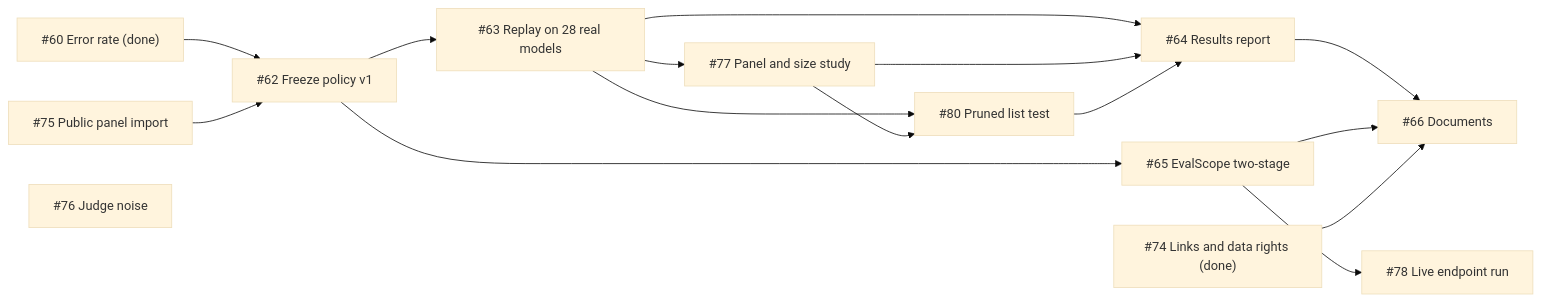
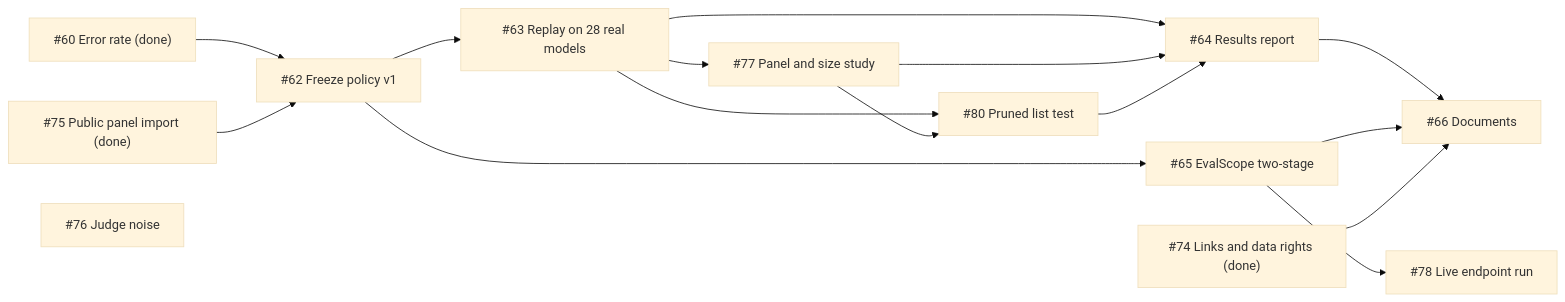
The third of 3 diagrams in README.md (sdv1708/ai-model-benchmark), drawn with Mermaid (base theme) before and after one commit. The commit also changed other lines of this file, not shown here.

First line of the commit message:
Mark #75 done in the README (#84)

````diff
--- a/README.md
+++ b/README.md
@@ -635,18 +636,18 @@
 ```mermaid
 flowchart LR
     I60["#60 Error rate (done)"] --> I62["#62 Freeze policy v1"]
-    I75["#75 Public panel import"] --> I62
+    I75["#75 Public panel import (done)"] --> I62
     I62 --> I63["#63 Replay on 28 real models"]
     I62 --> I65["#65 EvalScope two-stage"]
     I63 --> I77["#77 Panel and size study"]
     I63 --> I80["#80 Pruned list test"]
     I77 --> I80
     I65 --> I78["#78 Live endpoint run"]
     I63 --> I64["#64 Results report"]
     I77 --> I64
     I80 --> I64
     I64 --> I66["#66 Documents"]
     I65 --> I66
     I74["#74 Links and data rights (done)"] --> I66
     I76["#76 Judge noise"]
 ```
````
